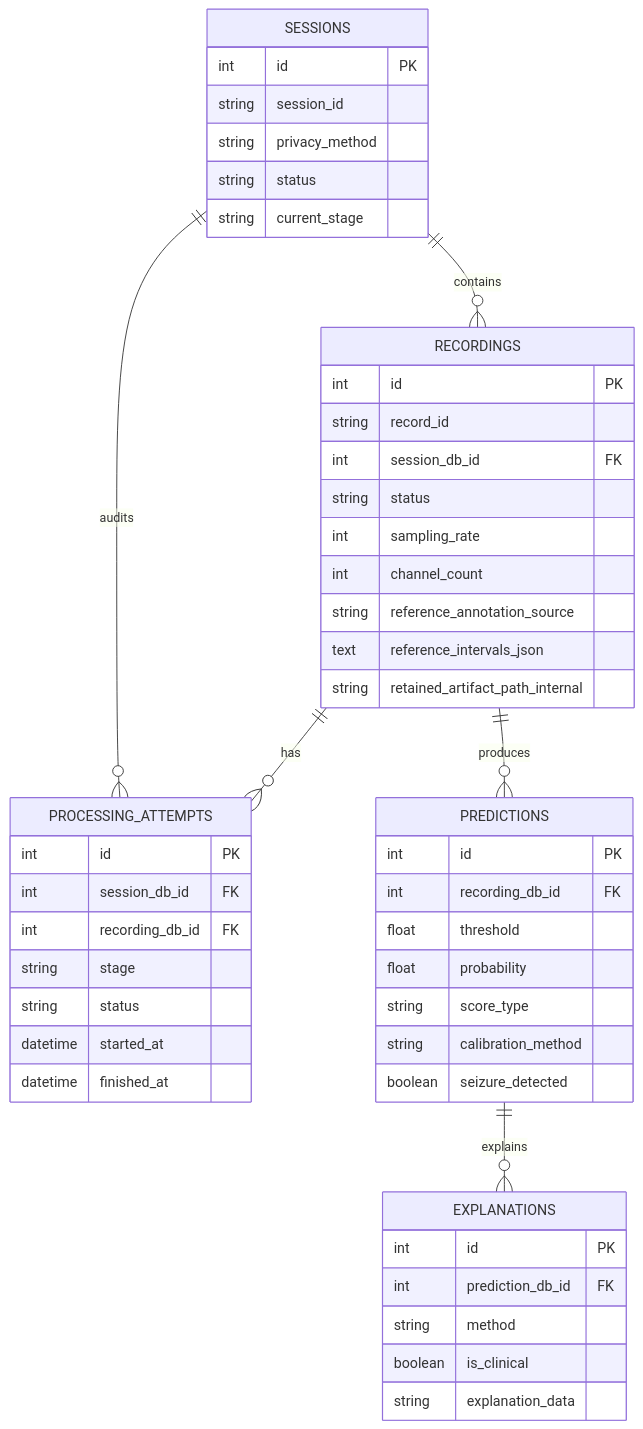
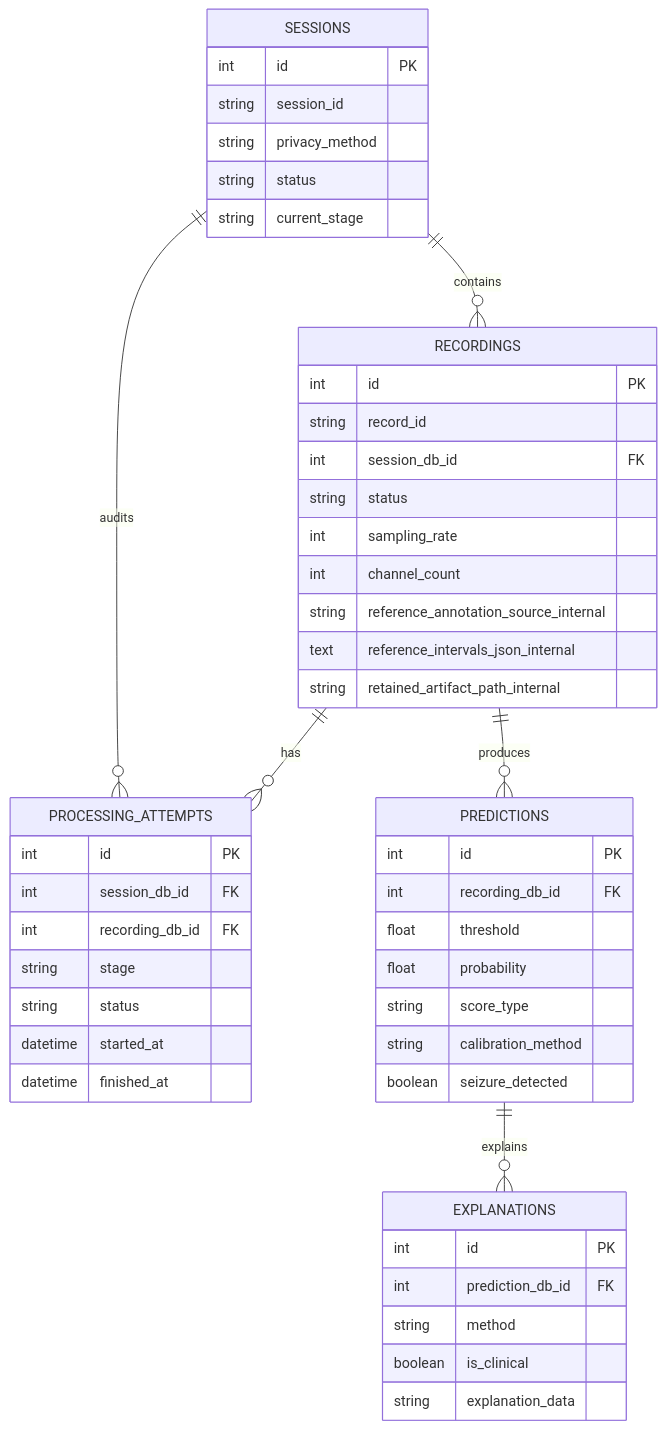
Before and after one commit to 4ffaad/FYP-MDS01: the fifth of 5 diagrams in docs/backend.md, drawn with Mermaid. The commit also changed other lines of this file and 377 other files, not shown here.

````diff
--- a/docs/backend.md
+++ b/docs/backend.md
@@ -127,52 +249,52 @@
 ```mermaid
 erDiagram
     SESSIONS ||--o{ RECORDINGS : contains
     SESSIONS ||--o{ PROCESSING_ATTEMPTS : audits
     RECORDINGS ||--o{ PROCESSING_ATTEMPTS : has
     RECORDINGS ||--o{ PREDICTIONS : produces
     PREDICTIONS ||--o{ EXPLANATIONS : explains
 
     SESSIONS {
         int id PK
         string session_id
         string privacy_method
         string status
         string current_stage
     }
     RECORDINGS {
         int id PK
         string record_id
         int session_db_id FK
         string status
         int sampling_rate
         int channel_count
-        string reference_annotation_source
-        text reference_intervals_json
+        string reference_annotation_source_internal
+        text reference_intervals_json_internal
         string retained_artifact_path_internal
     }
     PROCESSING_ATTEMPTS {
         int id PK
         int session_db_id FK
         int recording_db_id FK
         string stage
         string status
         datetime started_at
         datetime finished_at
     }
     PREDICTIONS {
         int id PK
         int recording_db_id FK
         float threshold
         float probability
         string score_type
         string calibration_method
         boolean seizure_detected
     }
     EXPLANATIONS {
         int id PK
         int prediction_db_id FK
         string method
         boolean is_clinical
         string explanation_data
     }
 ```
````
